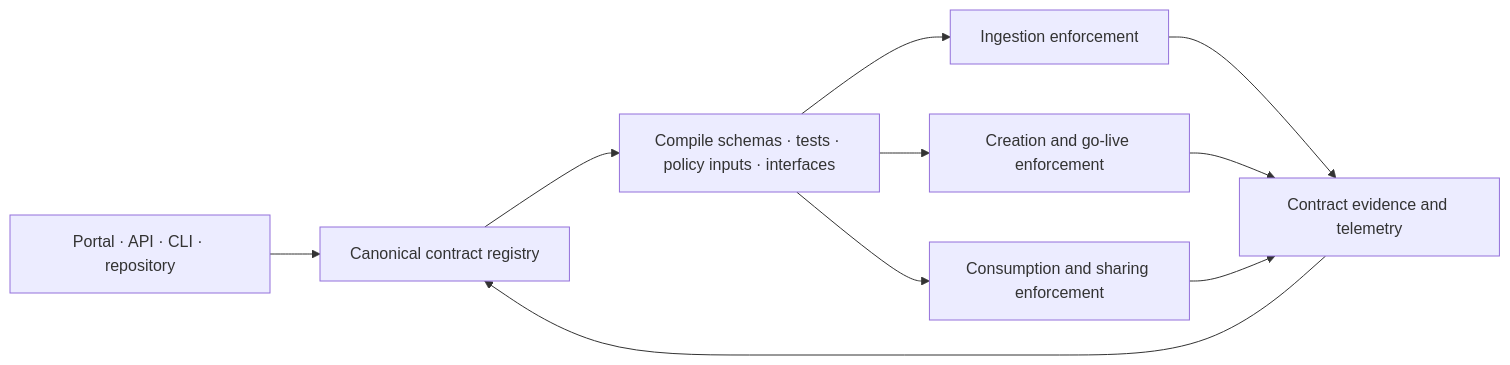
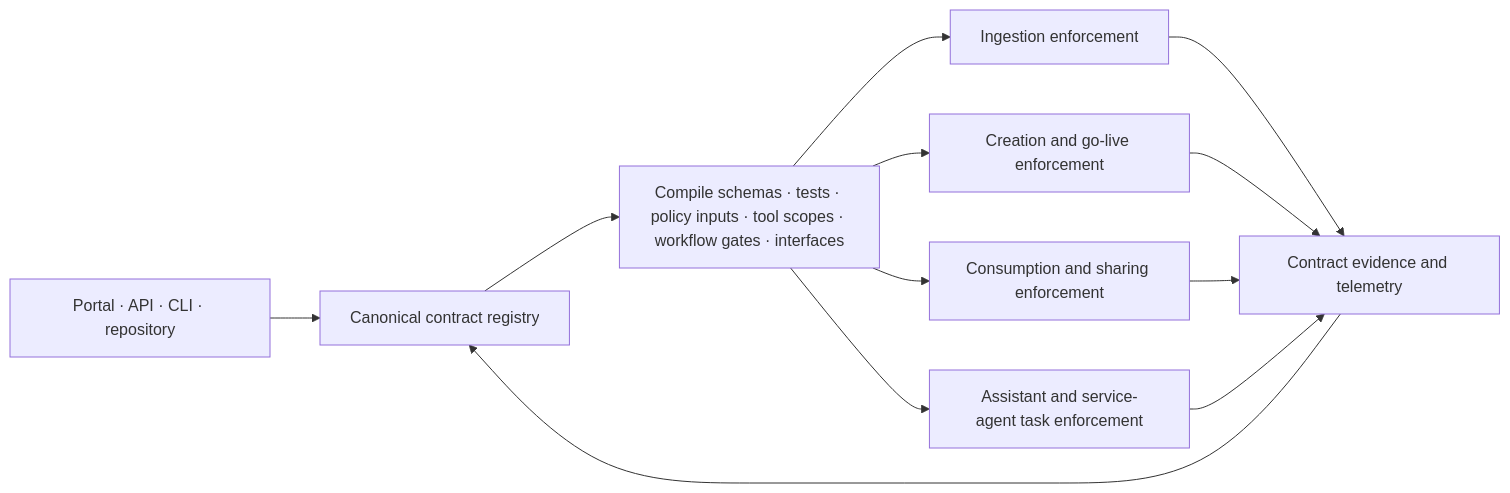
The diagram in docs/architecture/data-contract-design.md (cong78/data-foundation-architecture), drawn with Mermaid before and after one commit. The commit also changed other lines of this file and 88 other files, not shown here.

Commit message:
Refine architecture guidance and delivery structure

````diff
--- a/docs/architecture/data-contract-design.md
+++ b/docs/architecture/data-contract-design.md
@@ -84,12 +84,14 @@
 ```mermaid
 flowchart LR
     AUTHOR[Portal · API · CLI · repository] --> REGISTRY[Canonical contract registry]
-    REGISTRY --> COMPILE[Compile schemas · tests · policy inputs · interfaces]
+    REGISTRY --> COMPILE[Compile schemas · tests · policy inputs · tool scopes · workflow gates · interfaces]
     COMPILE --> INGEST[Ingestion enforcement]
     COMPILE --> CREATE[Creation and go-live enforcement]
     COMPILE --> CONSUME[Consumption and sharing enforcement]
+    COMPILE --> AGENT[Assistant and service-agent task enforcement]
     INGEST --> EVIDENCE[Contract evidence and telemetry]
     CREATE --> EVIDENCE
     CONSUME --> EVIDENCE
+    AGENT --> EVIDENCE
     EVIDENCE --> REGISTRY
 ```
````
